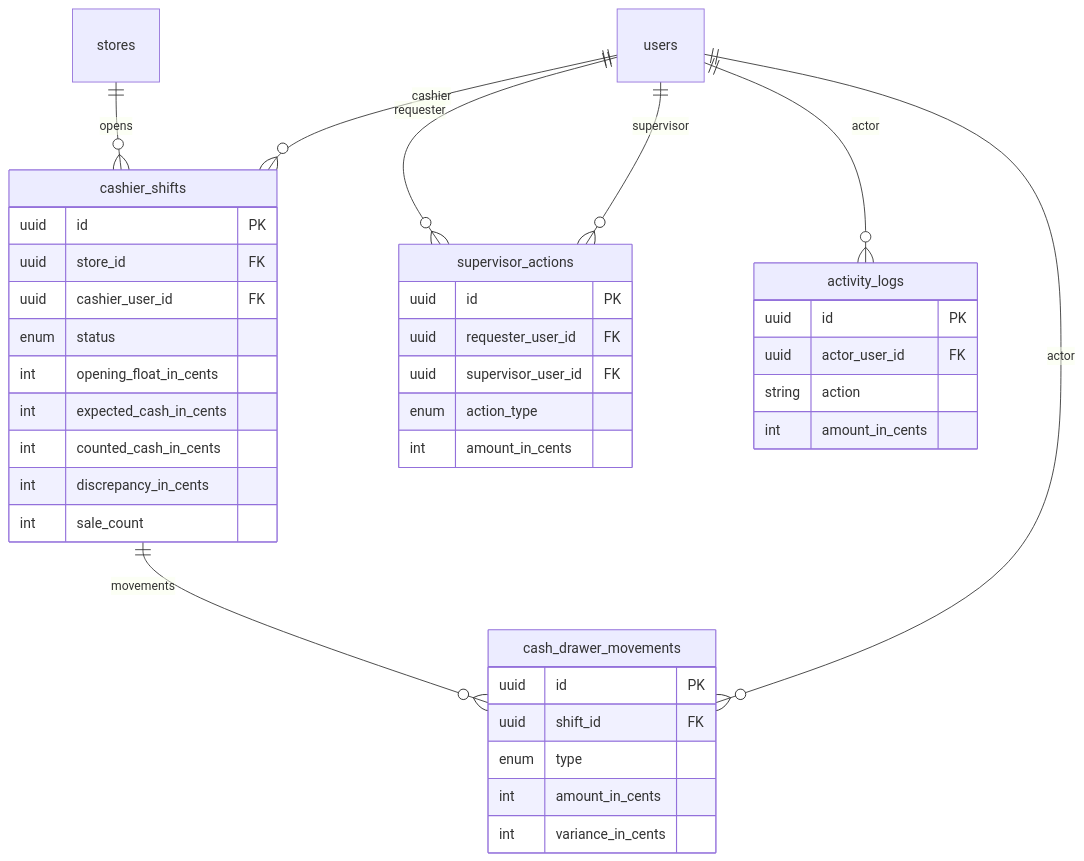
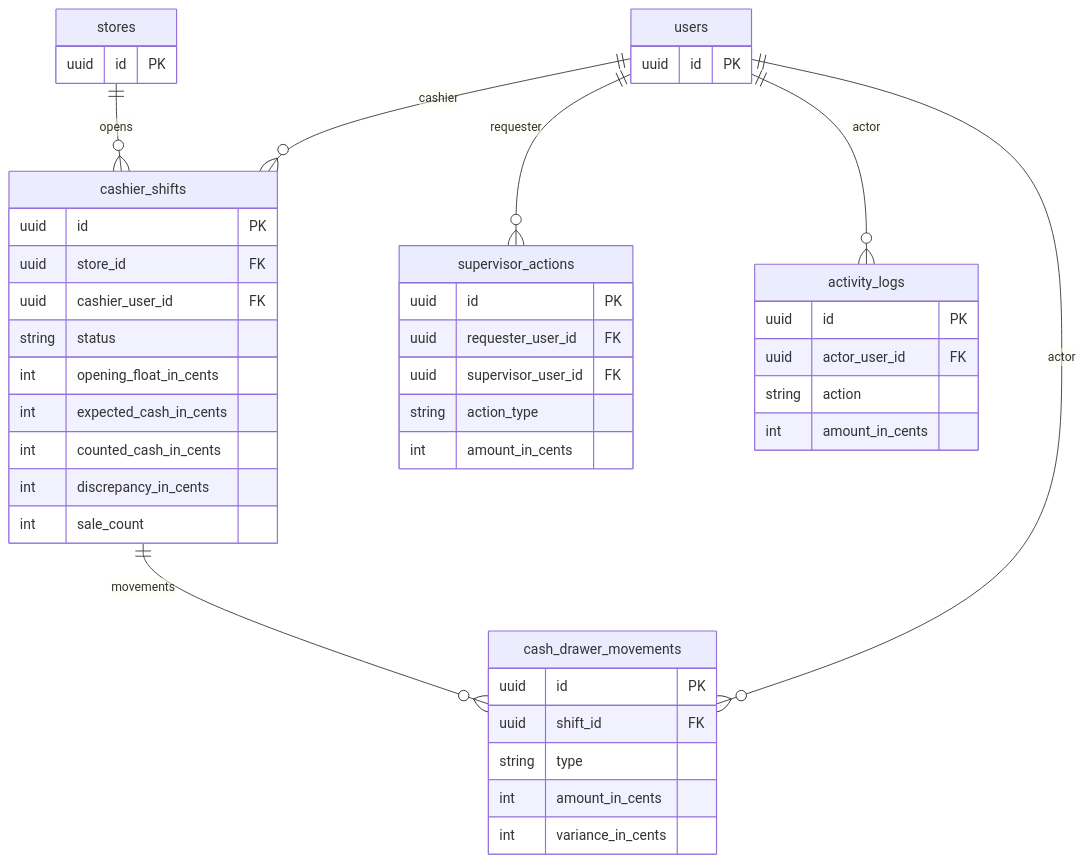
The fourth of 11 diagrams in docs/ERD.md (bionte4/mposbon), drawn with Mermaid before and after one commit. The commit also changed other lines of this file, not shown here.

First line of the commit message:
Fix Mermaid ERD syntax for GitHub rendering.

````diff
--- a/docs/ERD.md
+++ b/docs/ERD.md
@@ -236,45 +285,52 @@
 ```mermaid
 erDiagram
-  stores ||--o{ cashier_shifts : opens
-  users ||--o{ cashier_shifts : cashier
-  cashier_shifts ||--o{ cash_drawer_movements : movements
-  users ||--o{ cash_drawer_movements : actor
-  users ||--o{ supervisor_actions : requester
-  users ||--o{ supervisor_actions : supervisor
-  users ||--o{ activity_logs : actor
+  stores ||--o{ cashier_shifts : "opens"
+  users ||--o{ cashier_shifts : "cashier"
+  cashier_shifts ||--o{ cash_drawer_movements : "movements"
+  users ||--o{ cash_drawer_movements : "actor"
+  users ||--o{ supervisor_actions : "requester"
+  users ||--o{ activity_logs : "actor"
 
   cashier_shifts {
     uuid id PK
     uuid store_id FK
     uuid cashier_user_id FK
-    enum status
+    string status
     int opening_float_in_cents
     int expected_cash_in_cents
     int counted_cash_in_cents
     int discrepancy_in_cents
     int sale_count
   }
 
   cash_drawer_movements {
     uuid id PK
     uuid shift_id FK
-    enum type
+    string type
     int amount_in_cents
     int variance_in_cents
   }
 
   supervisor_actions {
     uuid id PK
     uuid requester_user_id FK
     uuid supervisor_user_id FK
-    enum action_type
+    string action_type
     int amount_in_cents
   }
 
   activity_logs {
     uuid id PK
     uuid actor_user_id FK
     string action
     int amount_in_cents
   }
+
+  stores {
+    uuid id PK
+  }
+
+  users {
+    uuid id PK
+  }
 ```
````
